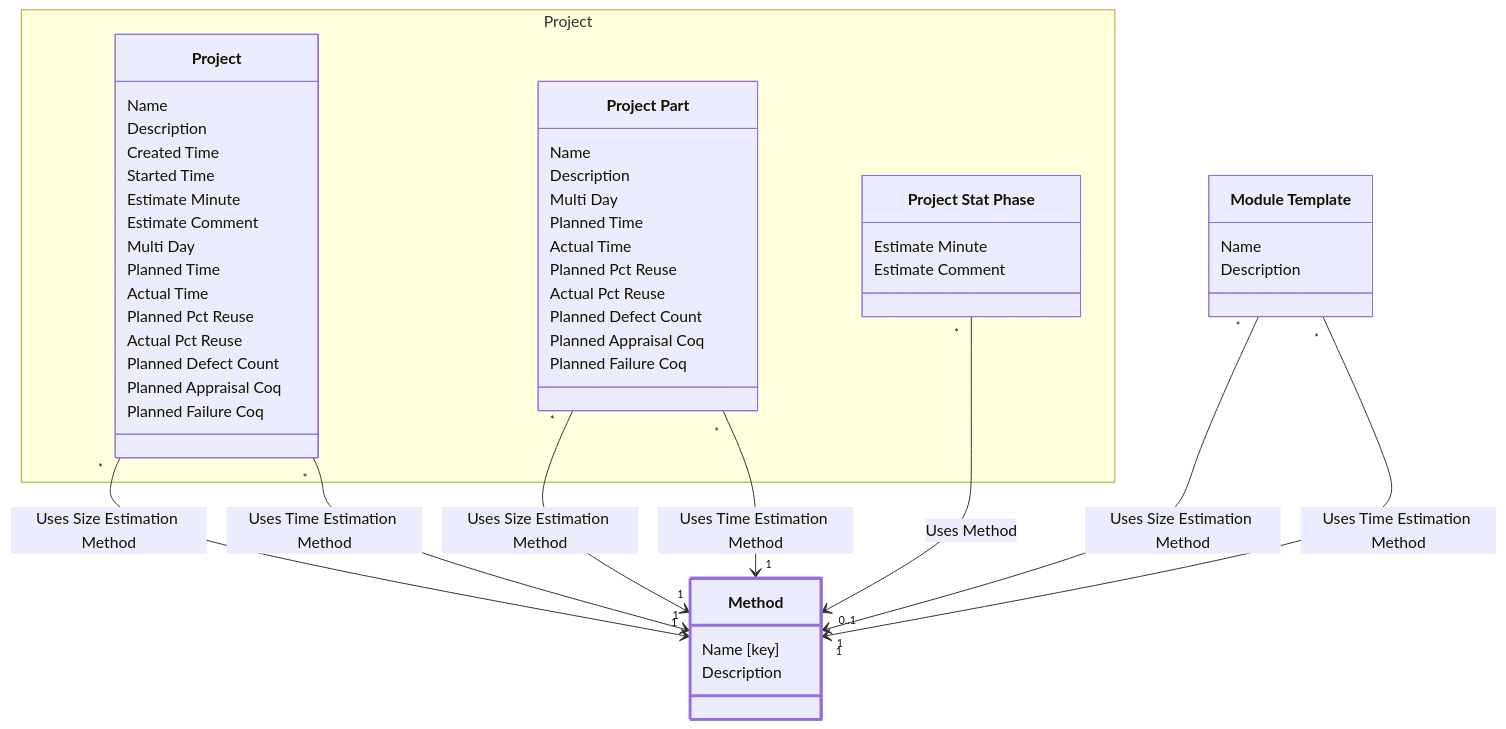
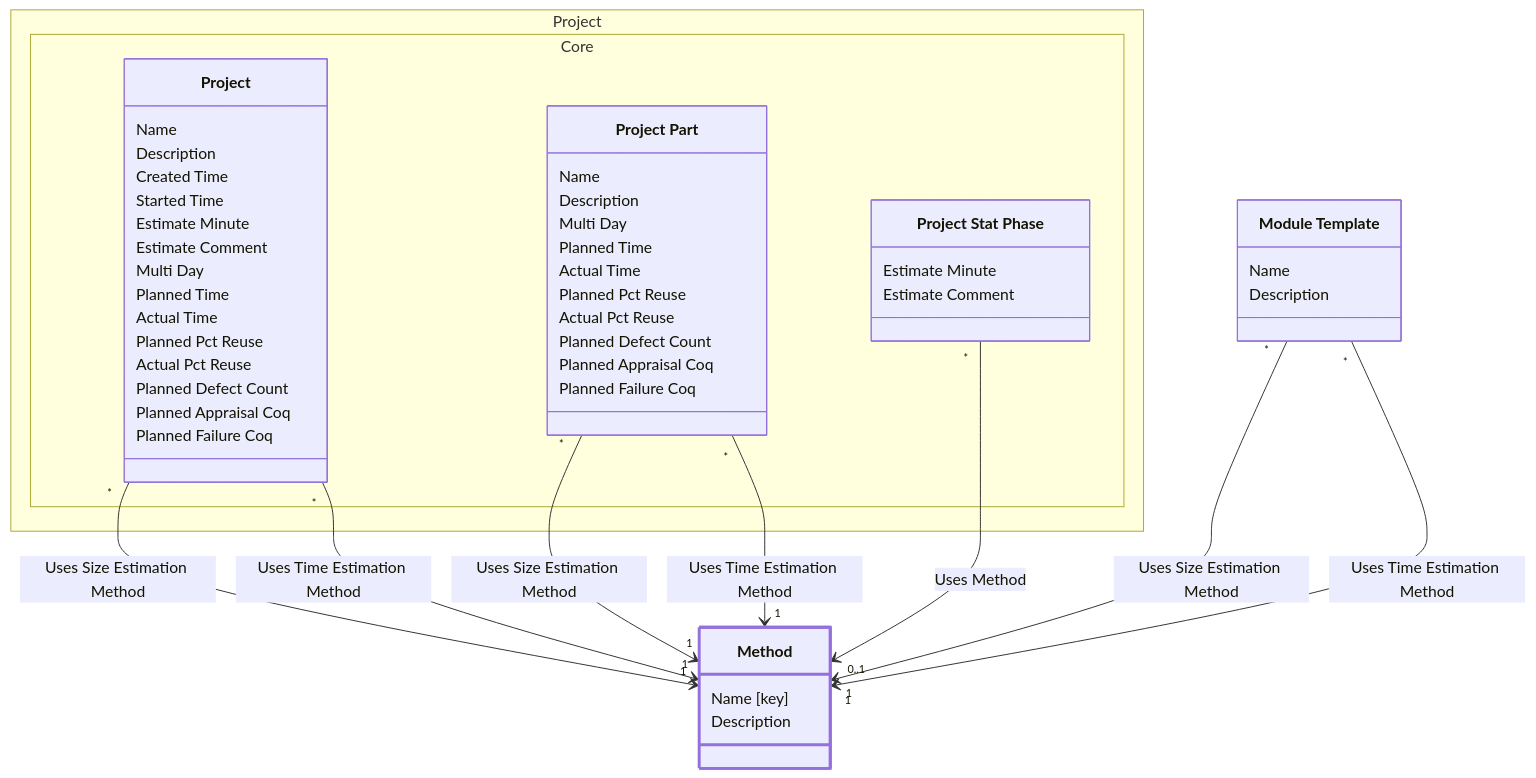
The diagram in examples/requirements/req/output/development/class-domain.process.subdomain.definition.class.method.md (glemzurg/glemzurg), drawn with Mermaid before and after one commit. The commit also changed other lines of this file and 116 other files, not shown here.

````diff
--- a/examples/requirements/req/output/development/class-domain.process.subdomain.definition.class.method.md
+++ b/examples/requirements/req/output/development/class-domain.process.subdomain.definition.class.method.md
@@ -30,59 +30,59 @@
 ```mermaid
 ---
 config:
   class:
     hideEmptyMembersBox: true
 ---
 classDiagram
 class class_domain_process_subdomain_definition_class_method["Method"] {
         Name [key]
         Description
     }
 class class_domain_process_subdomain_definition_class_module_template["Module Template"] {
         Name
         Description
     }
-namespace Project {
-class class_domain_process_subdomain_project_class_project["Project"] {
+namespace Project.Core {
+class class_domain_project_subdomain_core_class_project["Project"] {
             Name
             Description
             Created Time
             Started Time
             Estimate Minute
             Estimate Comment
             Multi Day
             Planned Time
             Actual Time
             Planned Pct Reuse
             Actual Pct Reuse
             Planned Defect Count
             Planned Appraisal Coq
             Planned Failure Coq
         }
-class class_domain_process_subdomain_project_class_project_part["Project Part"] {
+class class_domain_project_subdomain_core_class_project_part["Project Part"] {
             Name
             Description
             Multi Day
             Planned Time
             Actual Time
             Planned Pct Reuse
             Actual Pct Reuse
             Planned Defect Count
             Planned Appraisal Coq
             Planned Failure Coq
         }
-class class_domain_process_subdomain_project_class_project_stat_phase["Project Stat Phase"] {
+class class_domain_project_subdomain_core_class_project_stat_phase["Project Stat Phase"] {
             Estimate Minute
             Estimate Comment
         }
 }
 style class_domain_process_subdomain_definition_class_method stroke:#9370DB,stroke-width:3px
-class_domain_process_subdomain_project_class_project "*" --> "1" class_domain_process_subdomain_definition_class_method : Uses Size Estimation Method
-class_domain_process_subdomain_project_class_project "*" --> "1" class_domain_process_subdomain_definition_class_method : Uses Time Estimation Method
-class_domain_process_subdomain_project_class_project_part "*" --> "1" class_domain_process_subdomain_definition_class_method : Uses Size Estimation Method
-class_domain_process_subdomain_project_class_project_part "*" --> "1" class_domain_process_subdomain_definition_class_method : Uses Time Estimation Method
-class_domain_process_subdomain_project_class_project_stat_phase "*" --> "0..1" class_domain_process_subdomain_definition_class_method : Uses Method
+class_domain_project_subdomain_core_class_project "*" --> "1" class_domain_process_subdomain_definition_class_method : Uses Size Estimation Method
+class_domain_project_subdomain_core_class_project "*" --> "1" class_domain_process_subdomain_definition_class_method : Uses Time Estimation Method
+class_domain_project_subdomain_core_class_project_part "*" --> "1" class_domain_process_subdomain_definition_class_method : Uses Size Estimation Method
+class_domain_project_subdomain_core_class_project_part "*" --> "1" class_domain_process_subdomain_definition_class_method : Uses Time Estimation Method
+class_domain_project_subdomain_core_class_project_stat_phase "*" --> "0..1" class_domain_process_subdomain_definition_class_method : Uses Method
 class_domain_process_subdomain_definition_class_module_template "*" --> "1" class_domain_process_subdomain_definition_class_method : Uses Size Estimation Method
 class_domain_process_subdomain_definition_class_module_template "*" --> "1" class_domain_process_subdomain_definition_class_method : Uses Time Estimation Method
 
 ```
````
